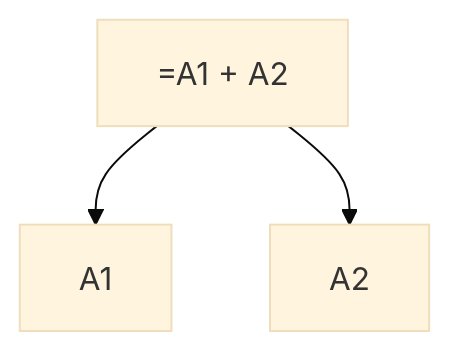
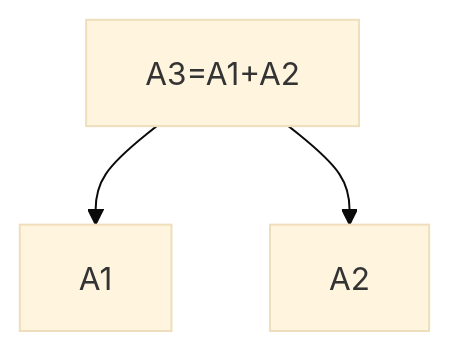
One commit to dalager/graphedexcel changed the first of 2 diagrams in README.md. Above: the diagram before and after it, drawn with Mermaid (base theme).

````diff
--- a/README.md
+++ b/README.md
@@ -18,6 +18,6 @@
 ```mermaid
 graph TD
     A3 --> A1
     A3 --> A2
-    A3["=A1 + A2"]
+    A3["A3=A1+A2"]
 ```
````
